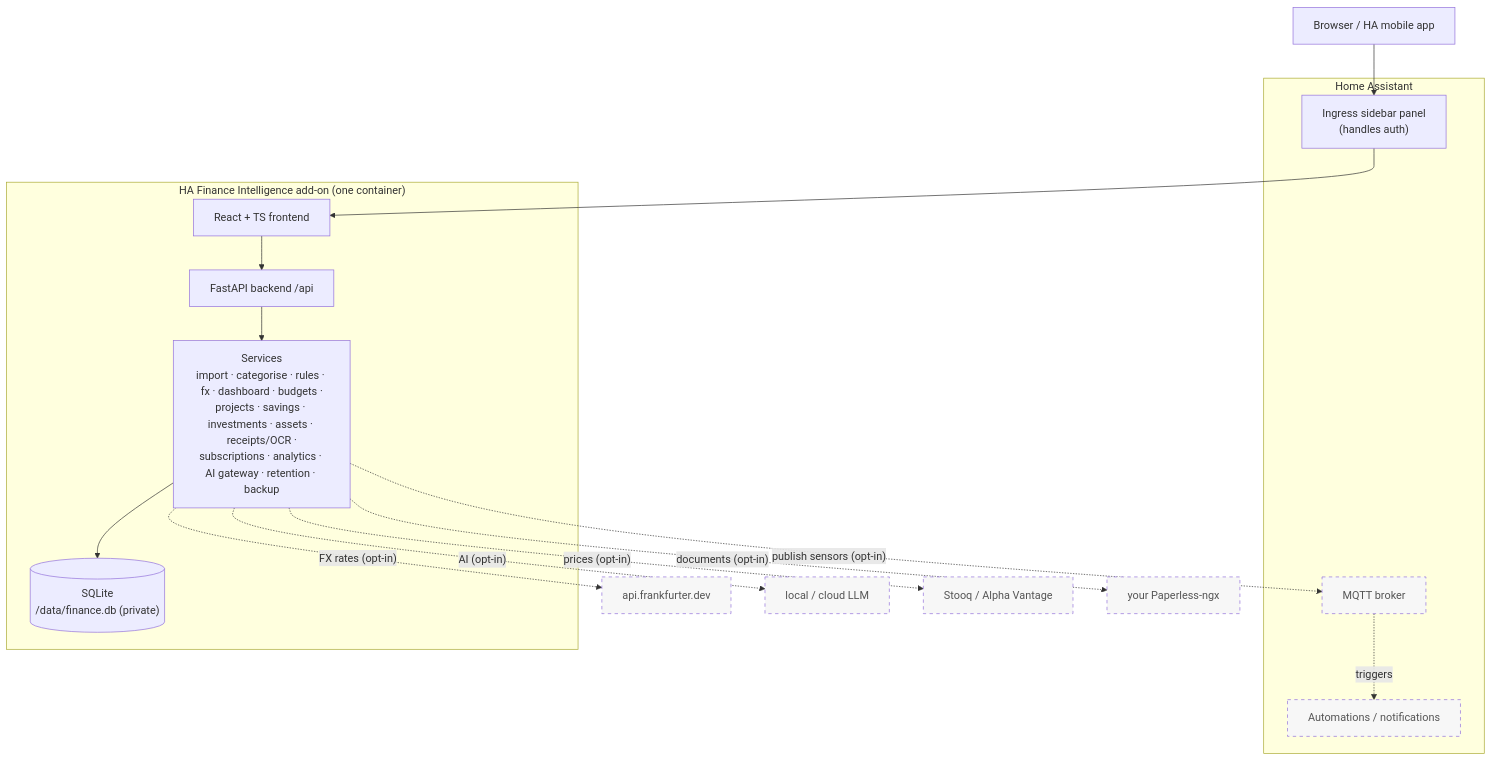
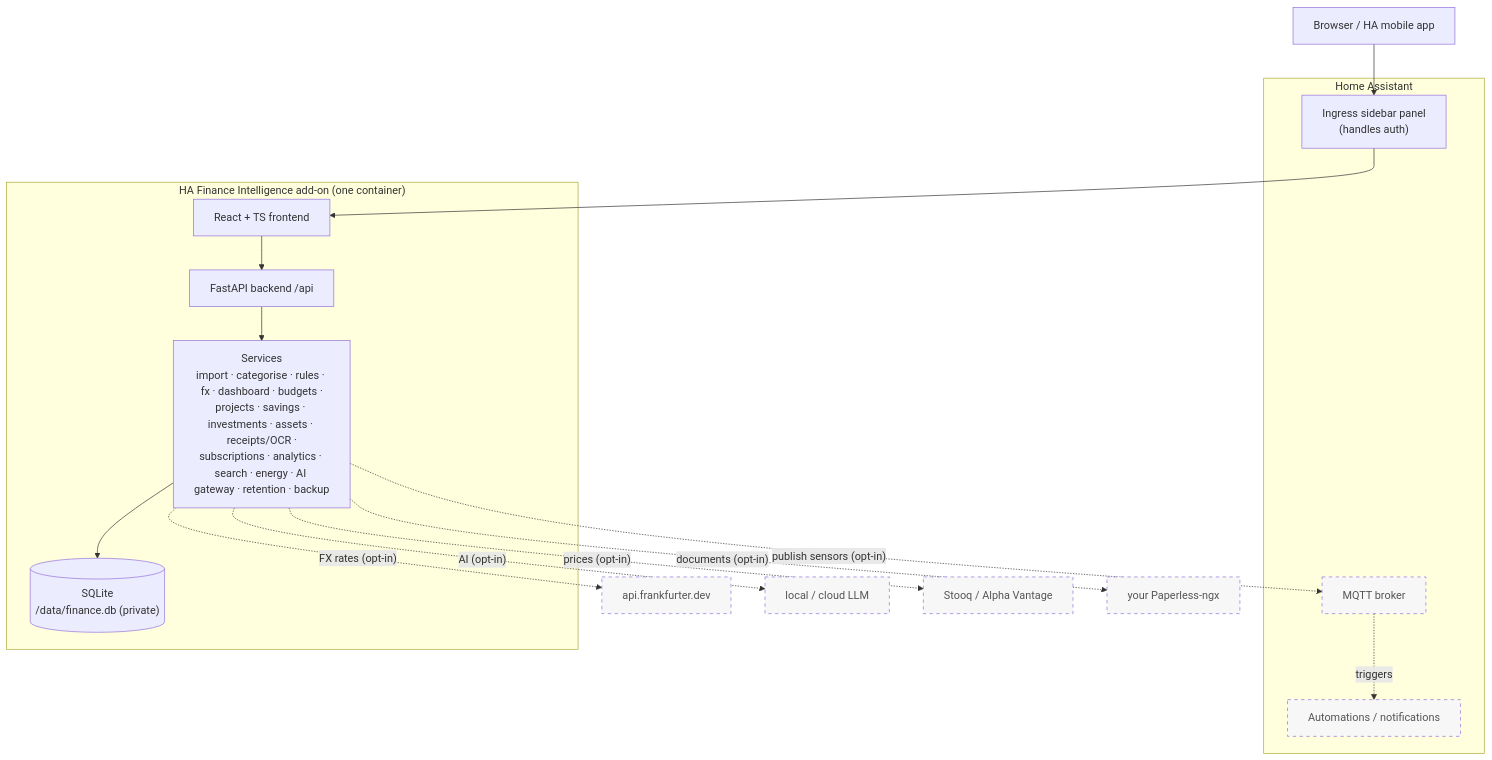
Before and after one commit to SpiritSLO-UK/HomeAssistant-expenses-analytics: the first of 5 diagrams in docs/architecture.md, drawn with Mermaid. The commit also changed 13 other files, not shown here.

````diff
--- a/docs/architecture.md
+++ b/docs/architecture.md
@@ -11,29 +11,29 @@
 ```mermaid
 flowchart TB
   user["Browser / HA mobile app"]
 
   subgraph ha["Home Assistant"]
     ingress["Ingress sidebar panel<br/>(handles auth)"]
     mqtt["MQTT broker"]
     autos["Automations / notifications"]
   end
 
   subgraph addon["HA Finance Intelligence add-on (one container)"]
     fe["React + TS frontend"]
     api["FastAPI backend /api"]
-    svc["Services<br/>import · categorise · rules · fx · dashboard · budgets ·<br/>projects · savings · investments · assets · receipts/OCR ·<br/>subscriptions · analytics · AI gateway · retention · backup"]
+    svc["Services<br/>import · categorise · rules · fx · dashboard · budgets ·<br/>projects · savings · investments · assets · receipts/OCR ·<br/>subscriptions · analytics · search · energy · AI gateway · retention · backup"]
     db[("SQLite<br/>/data/finance.db (private)")]
     fe --> api --> svc --> db
   end
 
   user --> ingress --> fe
   svc -. "publish sensors (opt-in)" .-> mqtt
   mqtt -. triggers .-> autos
   svc -. "FX rates (opt-in)" .-> frank["api.frankfurter.dev"]
   svc -. "AI (opt-in)" .-> ai["local / cloud LLM"]
   svc -. "prices (opt-in)" .-> px["Stooq / Alpha Vantage"]
   svc -. "documents (opt-in)" .-> ppl["your Paperless-ngx"]
 
   classDef opt stroke-dasharray:5 5,fill:#f7f7f7,color:#555;
   class mqtt,autos,frank,ai,px,ppl opt;
 ```
````
